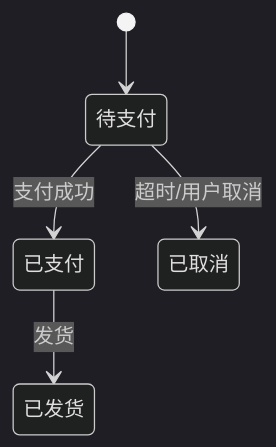
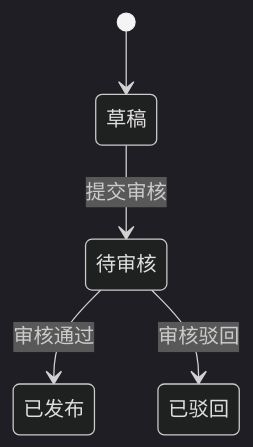
One commit to Elixir-Wang/aitest changed the second of 2 diagrams in apps/backend/app/agents/requirement_analysis/skills/requirements-analysis/references/understanding.md. Above: the diagram before and after it, drawn with Mermaid (dark theme). The commit also changed other lines of this file and 120 other files, not shown here.

````diff
--- a/apps/backend/app/agents/requirement_analysis/skills/requirements-analysis/references/understanding.md
+++ b/apps/backend/app/agents/requirement_analysis/skills/requirements-analysis/references/understanding.md
@@ -130,7 +130,7 @@
 ```mermaid
 stateDiagram-v2
-    [*] --> 待支付
-    待支付 --> 已支付: 支付成功
-    待支付 --> 已取消: 超时/用户取消
-    已支付 --> 已发货: 发货
+    [*] --> 草稿
+    草稿 --> 待审核: 提交审核
+    待审核 --> 已发布: 审核通过
+    待审核 --> 已驳回: 审核驳回
 ```
````
